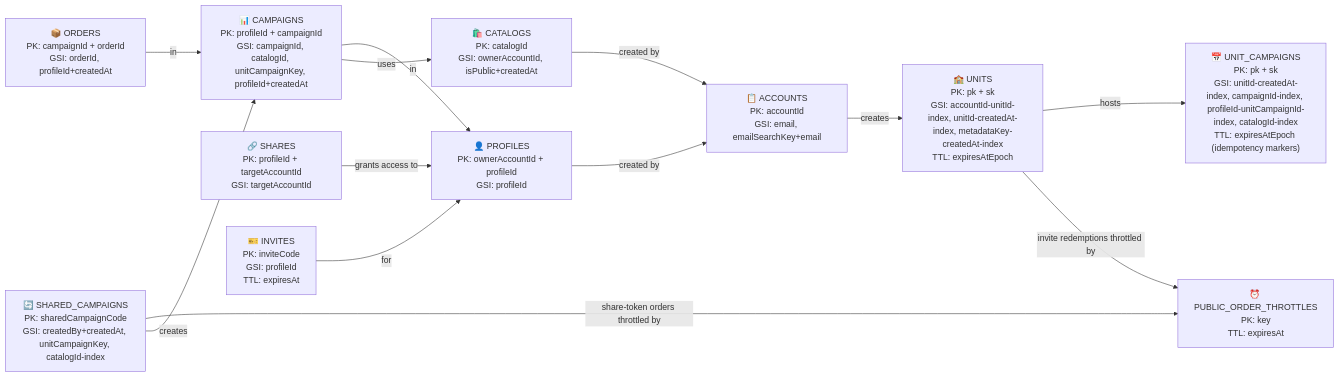
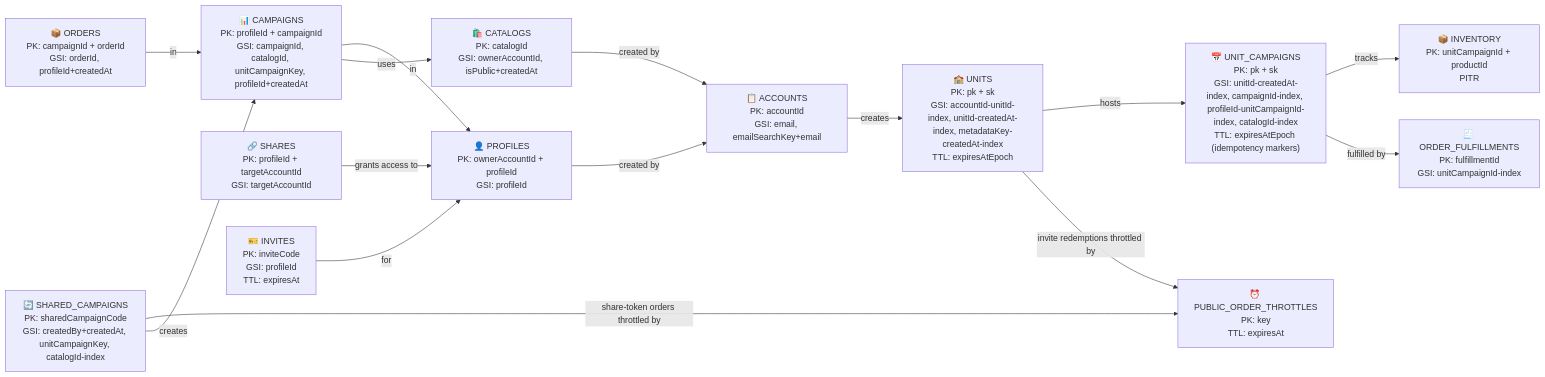
The first of 13 diagrams in docs/SCHEMA.md (dmeiser/kernelworx), drawn with Mermaid before and after one commit. The commit also changed other lines of this file and 3 other files, not shown here.

Commit message:
no-mistakes(document): Lint fixes and schema doc updates

````diff
--- a/docs/SCHEMA.md
+++ b/docs/SCHEMA.md
@@ -7,27 +7,31 @@
 ```mermaid
 graph LR
     A["📋 ACCOUNTS<br/>PK: accountId<br/>GSI: email, emailSearchKey+email"] 
     B["👤 PROFILES<br/>PK: ownerAccountId + profileId<br/>GSI: profileId"]
     C["📊 CAMPAIGNS<br/>PK: profileId + campaignId<br/>GSI: campaignId, catalogId, unitCampaignKey, profileId+createdAt"]
     D["📦 ORDERS<br/>PK: campaignId + orderId<br/>GSI: orderId, profileId+createdAt"]
     E["🛍️ CATALOGS<br/>PK: catalogId<br/>GSI: ownerAccountId, isPublic+createdAt"]
     F["🔗 SHARES<br/>PK: profileId + targetAccountId<br/>GSI: targetAccountId"]
     G["🎫 INVITES<br/>PK: inviteCode<br/>GSI: profileId<br/>TTL: expiresAt"]
     H["🔄 SHARED_CAMPAIGNS<br/>PK: sharedCampaignCode<br/>GSI: createdBy+createdAt, unitCampaignKey, catalogId-index"]
     I["⏰ PUBLIC_ORDER_THROTTLES<br/>PK: key<br/>TTL: expiresAt"]
     J["🏫 UNITS<br/>PK: pk + sk<br/>GSI: accountId-unitId-index, unitId-createdAt-index, metadataKey-createdAt-index<br/>TTL: expiresAtEpoch"]
     K["📅 UNIT_CAMPAIGNS<br/>PK: pk + sk<br/>GSI: unitId-createdAt-index, campaignId-index, profileId-unitCampaignId-index, catalogId-index<br/>TTL: expiresAtEpoch (idempotency markers)"]
-    
+    L["📦 INVENTORY<br/>PK: unitCampaignId + productId<br/>PITR"]
+    M["🧾 ORDER_FULFILLMENTS<br/>PK: fulfillmentId<br/>GSI: unitCampaignId-index"]
+
     B -->|created by| A
     A -->|creates| J
     J -->|hosts| K
+    K -->|tracks| L
+    K -->|fulfilled by| M
     H -->|share-token orders throttled by| I
     J -->|invite redemptions throttled by| I
     C -->|in| B
     D -->|in| C
     C -->|uses| E
     F -->|grants access to| B
     G -->|for| B
     H -->|creates| C
     E -->|created by| A
 ```
````
